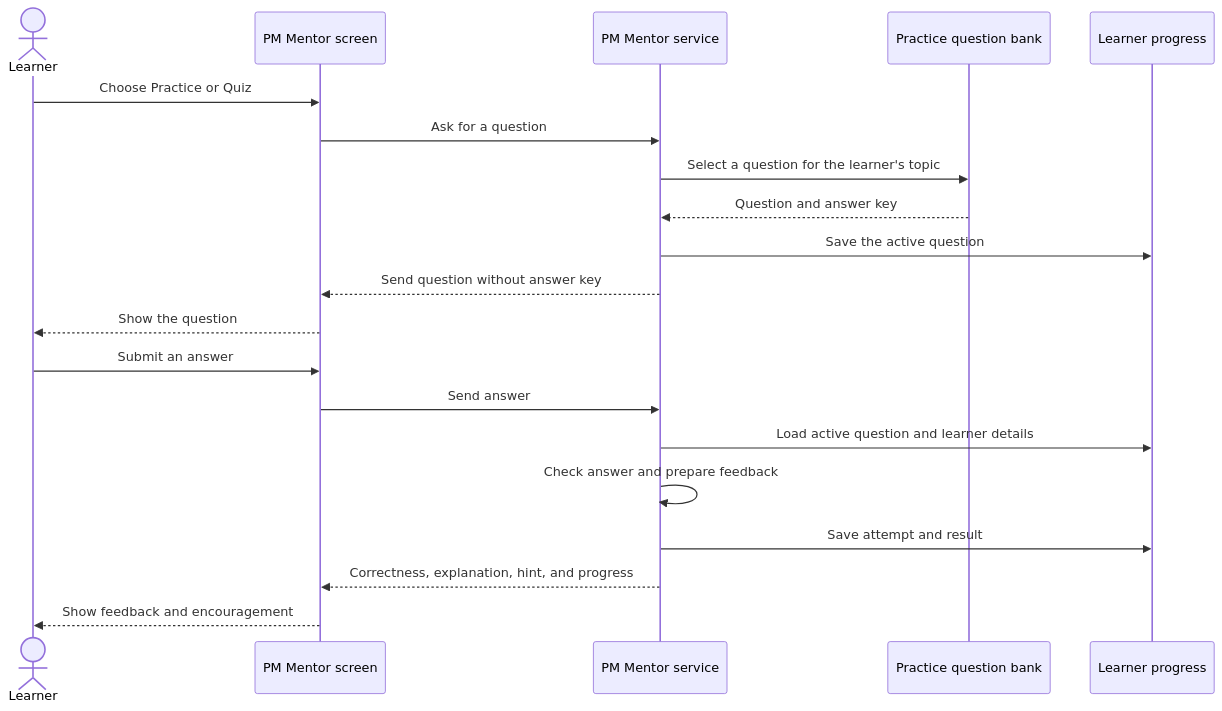
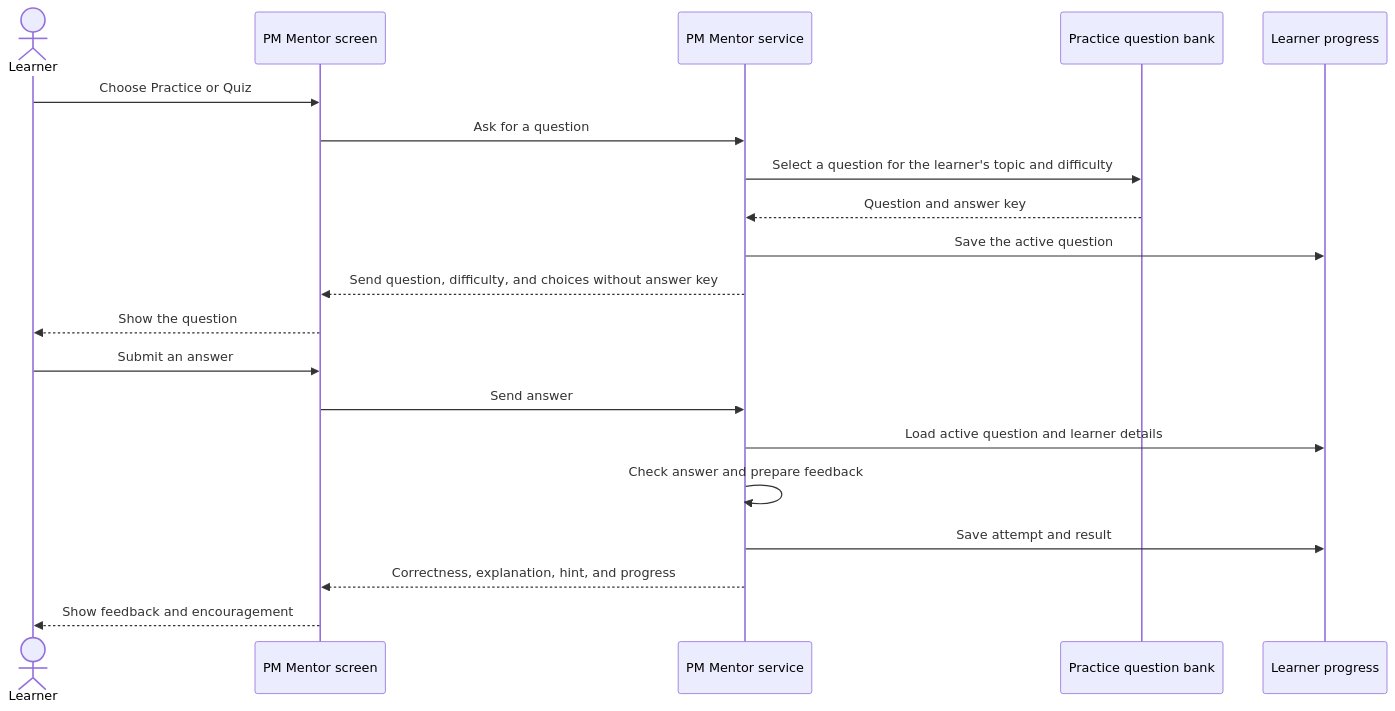
One commit to iteshwalia/ai-tutor-projectmanagement changed the second of 3 diagrams in architecture.md. Above: the diagram before and after it, drawn with Mermaid. The commit also changed other lines of this file and 14 other files, not shown here.

````diff
--- a/architecture.md
+++ b/architecture.md
@@ -50,24 +52,24 @@
 ```mermaid
 sequenceDiagram
     actor Learner
     participant Browser as PM Mentor screen
     participant App as PM Mentor service
     participant Questions as Practice question bank
     participant Progress as Learner progress
 
     Learner->>Browser: Choose Practice or Quiz
     Browser->>App: Ask for a question
-    App->>Questions: Select a question for the learner's topic
+    App->>Questions: Select a question for the learner's topic and difficulty
     Questions-->>App: Question and answer key
     App->>Progress: Save the active question
-    App-->>Browser: Send question without answer key
+    App-->>Browser: Send question, difficulty, and choices without answer key
     Browser-->>Learner: Show the question
 
     Learner->>Browser: Submit an answer
     Browser->>App: Send answer
     App->>Progress: Load active question and learner details
     App->>App: Check answer and prepare feedback
     App->>Progress: Save attempt and result
     App-->>Browser: Correctness, explanation, hint, and progress
     Browser-->>Learner: Show feedback and encouragement
 ```
````
